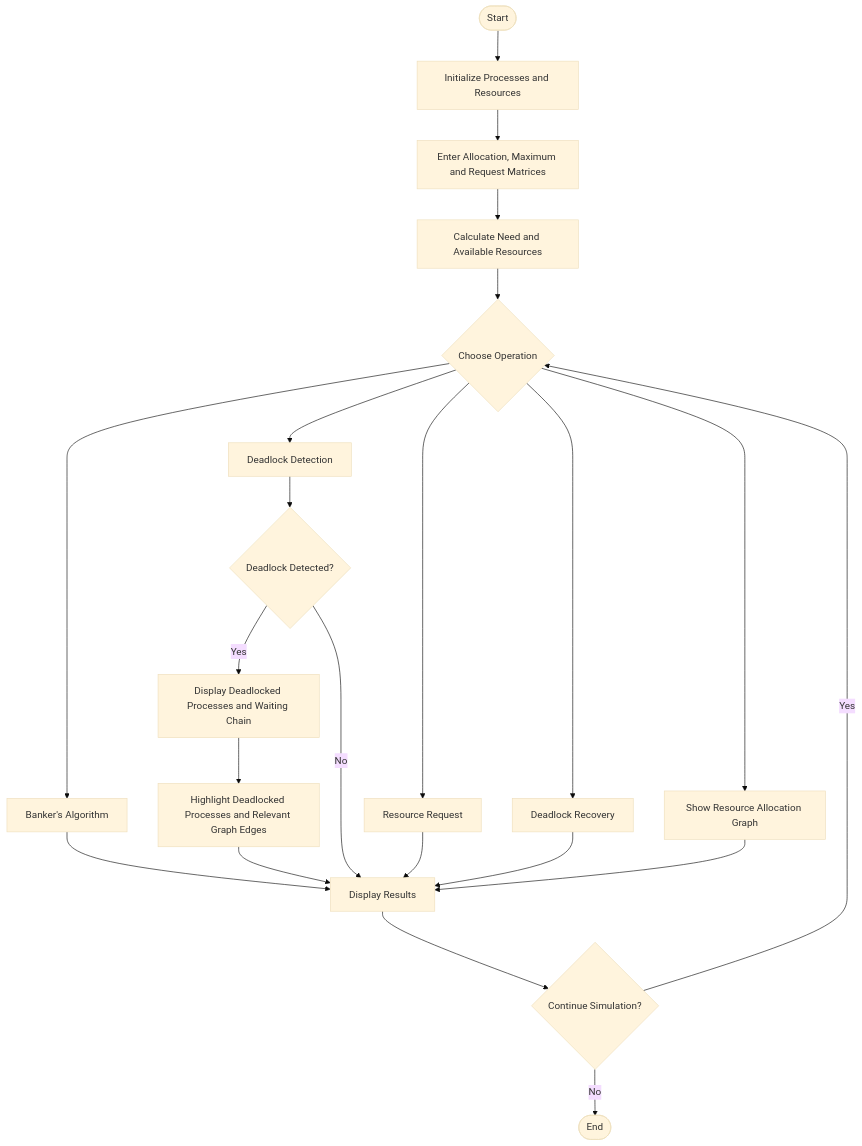
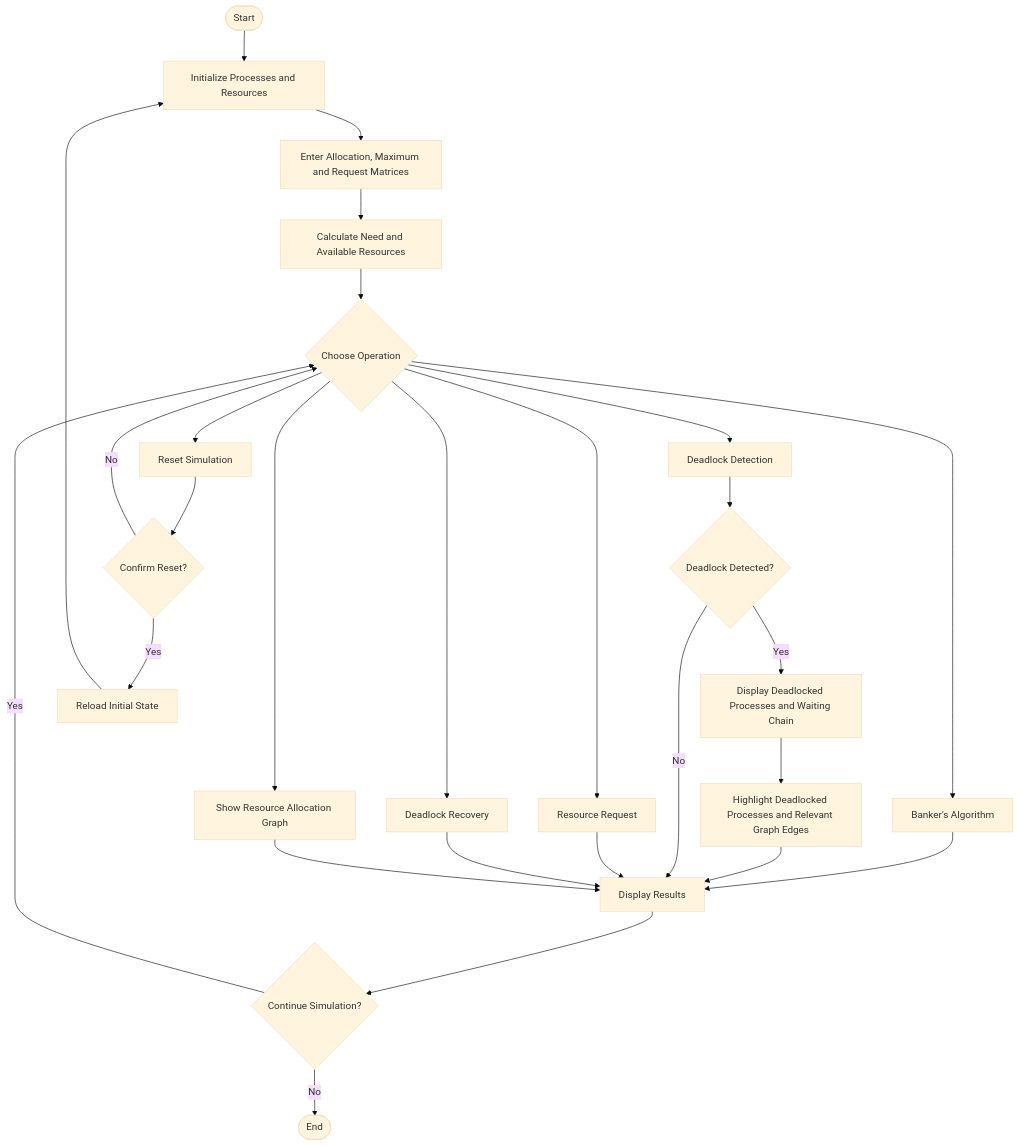
One commit to ncneha22/Project-Based-Learning changed the diagram in Week4/docs/flowchart.md. Above: the diagram before and after it, drawn with Mermaid (base theme). The commit also changed other lines of this file and 2 other files, not shown here.

Commit message:
Update Week4 reset documentation

````diff
--- a/Week4/docs/flowchart.md
+++ b/Week4/docs/flowchart.md
@@ -5,24 +6,33 @@
 ```mermaid
 flowchart TD
     A([Start]) --> B[Initialize Processes and Resources]
     B --> C[Enter Allocation, Maximum and Request Matrices]
     C --> D[Calculate Need and Available Resources]
     D --> E{Choose Operation}
+
     E --> F[Banker's Algorithm]
     E --> G[Deadlock Detection]
     E --> H[Resource Request]
     E --> I[Deadlock Recovery]
     E --> M[Show Resource Allocation Graph]
+    E --> R[Reset Simulation]
+
     F --> J[Display Results]
     G --> N{Deadlock Detected?}
     N -- Yes --> O[Display Deadlocked Processes and Waiting Chain]
     O --> P[Highlight Deadlocked Processes and Relevant Graph Edges]
     P --> J
     N -- No --> J
     H --> J
     I --> J
     M --> J
+
     J --> K{Continue Simulation?}
     K -- Yes --> E
     K -- No --> L([End])
+
+    R --> S{Confirm Reset?}
+    S -- Yes --> T[Reload Initial State]
+    T --> B
+    S -- No --> E
 ```
````
